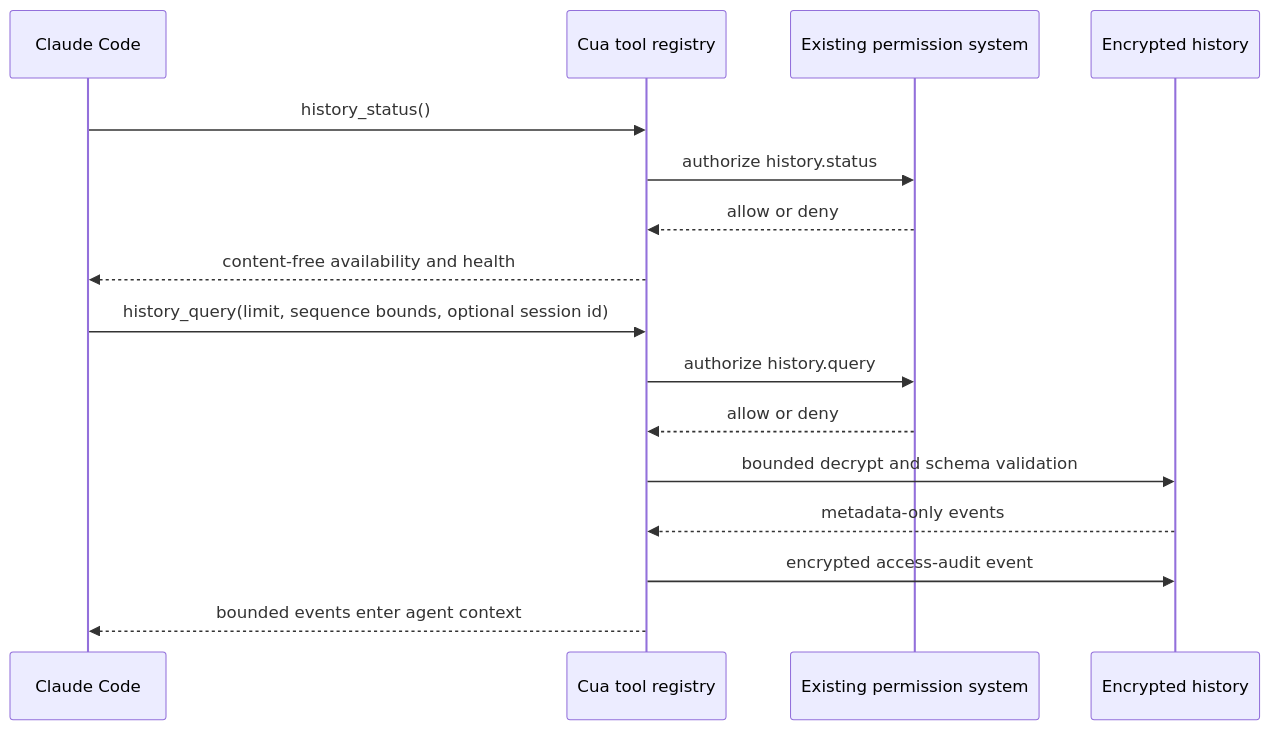
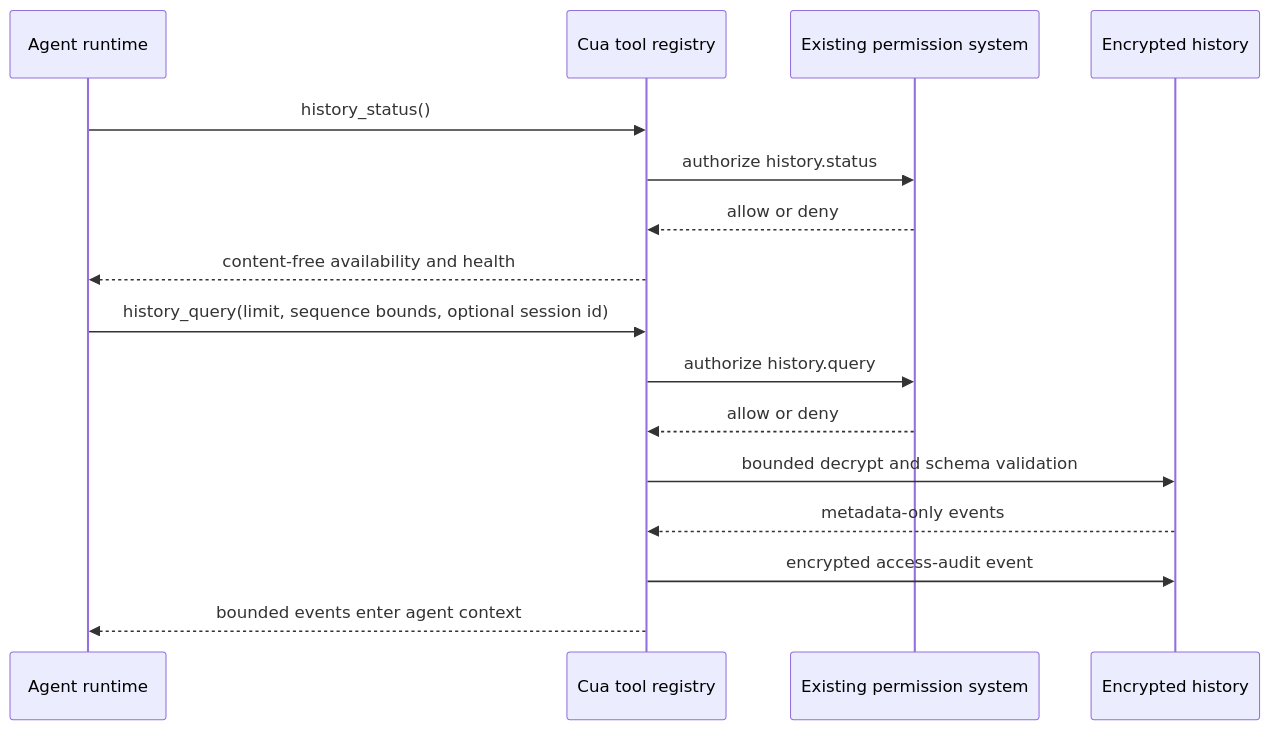
One commit to trycua/cua changed the sixth of 7 diagrams in libs/cua-driver/docs/computer-history-architecture.md. Above: the diagram before and after it, drawn with Mermaid. The commit also changed other lines of this file and 1 other file, not shown here.

````diff
--- a/libs/cua-driver/docs/computer-history-architecture.md
+++ b/libs/cua-driver/docs/computer-history-architecture.md
@@ -515,19 +569,19 @@
 ```mermaid
 sequenceDiagram
-    participant A as Claude Code
+    participant A as Agent runtime
     participant R as Cua tool registry
     participant P as Existing permission system
     participant H as Encrypted history
 
     A->>R: history_status()
     R->>P: authorize history.status
     P-->>R: allow or deny
     R-->>A: content-free availability and health
     A->>R: history_query(limit, sequence bounds, optional session id)
     R->>P: authorize history.query
     P-->>R: allow or deny
     R->>H: bounded decrypt and schema validation
     H-->>R: metadata-only events
     R->>H: encrypted access-audit event
     R-->>A: bounded events enter agent context
 ```
````
